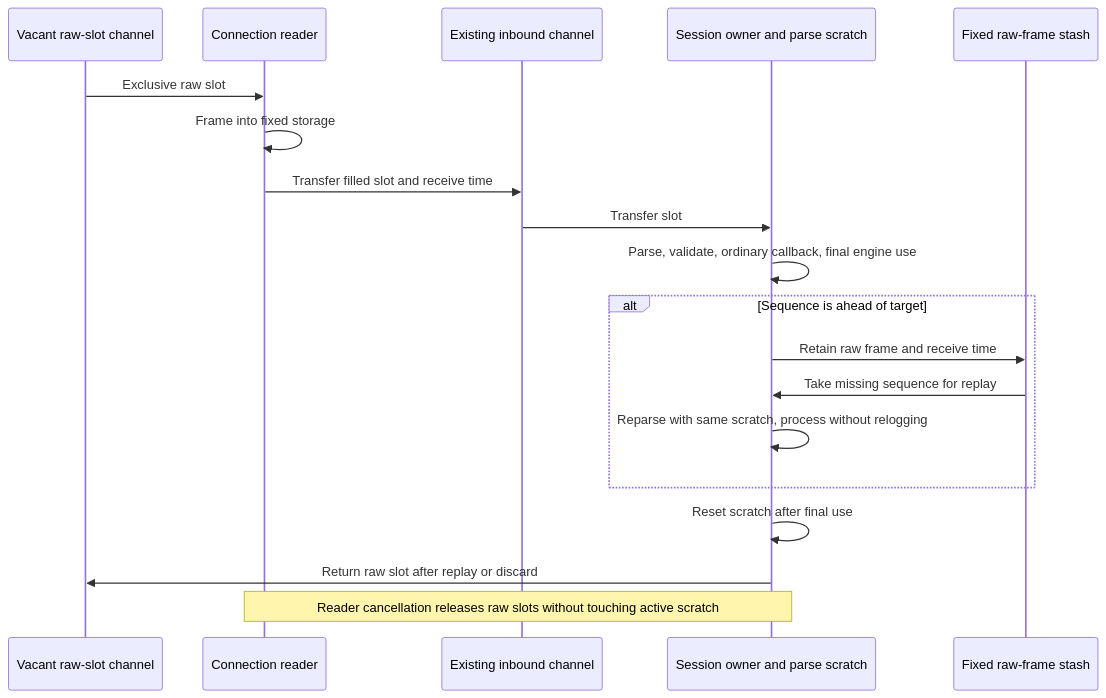
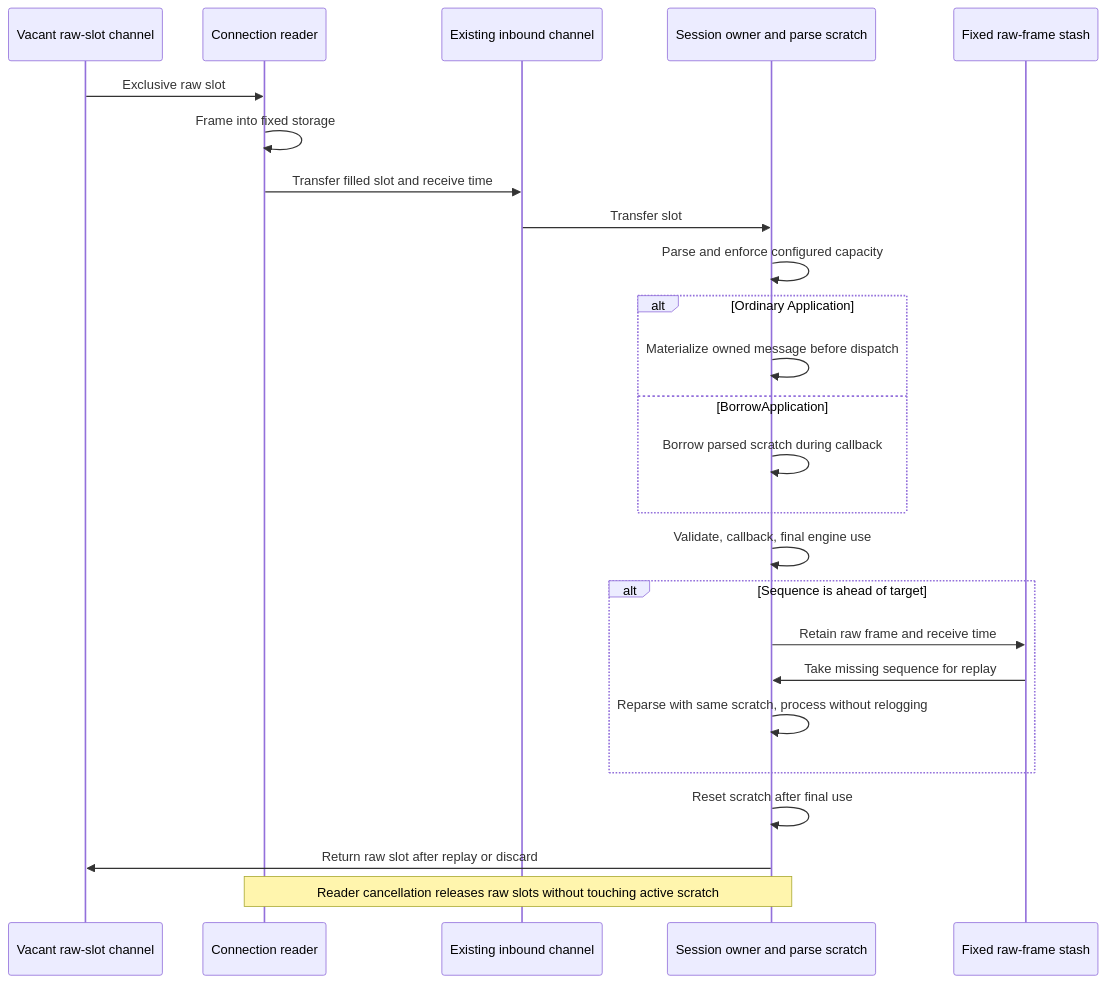
One commit to railbirdexchange/quickfix changed the diagram in benchmarks/zero-allocation/phase-5/README.md. Above: the diagram before and after it, drawn with Mermaid. The commit also changed other lines of this file and 21 other files, not shown here.

````diff
--- a/benchmarks/zero-allocation/phase-5/README.md
+++ b/benchmarks/zero-allocation/phase-5/README.md
@@ -9,21 +15,27 @@
 ```mermaid
 sequenceDiagram
     participant Vacant as Vacant raw-slot channel
     participant Reader as Connection reader
     participant Inbound as Existing inbound channel
     participant Session as Session owner and parse scratch
     participant Stash as Fixed raw-frame stash
     Vacant->>Reader: Exclusive raw slot
     Reader->>Reader: Frame into fixed storage
     Reader->>Inbound: Transfer filled slot and receive time
     Inbound->>Session: Transfer slot
-    Session->>Session: Parse, validate, ordinary callback, final engine use
+    Session->>Session: Parse and enforce configured capacity
+    alt Ordinary Application
+        Session->>Session: Materialize owned message before dispatch
+    else BorrowApplication
+        Session->>Session: Borrow parsed scratch during callback
+    end
+    Session->>Session: Validate, callback, final engine use
     alt Sequence is ahead of target
         Session->>Stash: Retain raw frame and receive time
         Stash->>Session: Take missing sequence for replay
         Session->>Session: Reparse with same scratch, process without relogging
     end
     Session->>Session: Reset scratch after final use
     Session->>Vacant: Return raw slot after replay or discard
     Note over Reader,Session: Reader cancellation releases raw slots without touching active scratch
 ```
````
